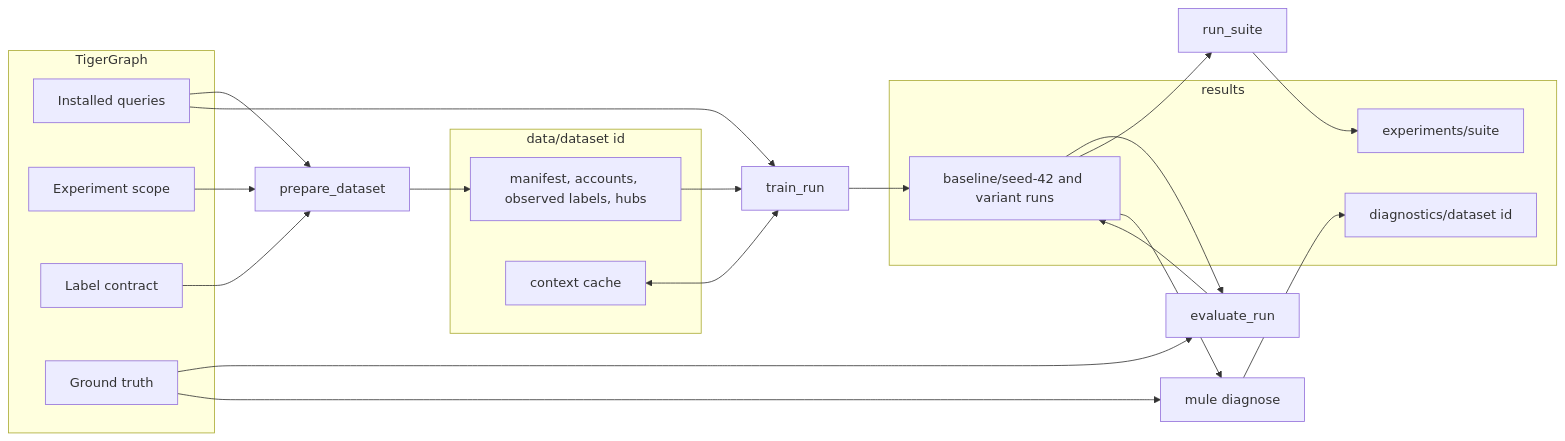
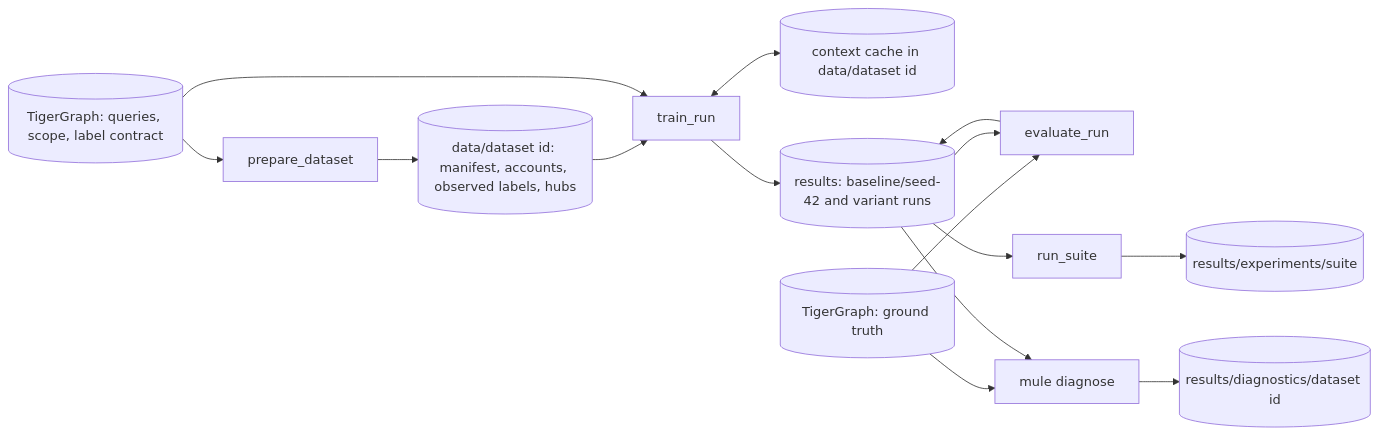
Before and after one commit to abrahamchandy95/MulePatternLearner: the diagram in docs/architecture.md, drawn with Mermaid. The commit also changed other lines of this file and 2 other files, not shown here.

Commit message:
Shorten the README, the GSQL guide and the architecture

````diff
--- a/docs/architecture.md
+++ b/docs/architecture.md
@@ -17,34 +15,11 @@
 ```mermaid
 flowchart LR
-  subgraph TG[TigerGraph]
-    Q[Installed queries]
-    S[Experiment scope]
-    L[Label contract]
-    O[Ground truth]
-  end
-  subgraph D[data/dataset id]
-    M[manifest, accounts, observed labels, hubs]
-    C[context cache]
-  end
-  subgraph R[results]
-    RUN[baseline/seed-42 and variant runs]
-    SUITE[experiments/suite]
-    DIAG[diagnostics/dataset id]
-  end
-  Q --> P[prepare_dataset]
-  S --> P
-  L --> P
-  P --> M
-  M --> T[train_run]
-  Q --> T
-  C <--> T
-  T --> RUN
-  O --> E[evaluate_run]
-  RUN --> E
-  E --> RUN
-  RUN --> X[run_suite]
-  X --> SUITE
-  O --> DG[mule diagnose]
-  RUN --> DG
-  DG --> DIAG
+  TG[("TigerGraph: queries, scope, label contract")] --> P[prepare_dataset]
+  P --> D[("data/dataset id: manifest, accounts, observed labels, hubs")] --> T[train_run]
+  TG --> T
+  T <--> C[(context cache in data/dataset id)]
+  T --> RUN[("results: baseline/seed-42 and variant runs")]
+  GT[("TigerGraph: ground truth")] & RUN --> E[evaluate_run] --> RUN
+  RUN --> X[run_suite] --> SUITE[(results/experiments/suite)]
+  GT & RUN --> DG[mule diagnose] --> DIAG[(results/diagnostics/dataset id)]
 ```
````
